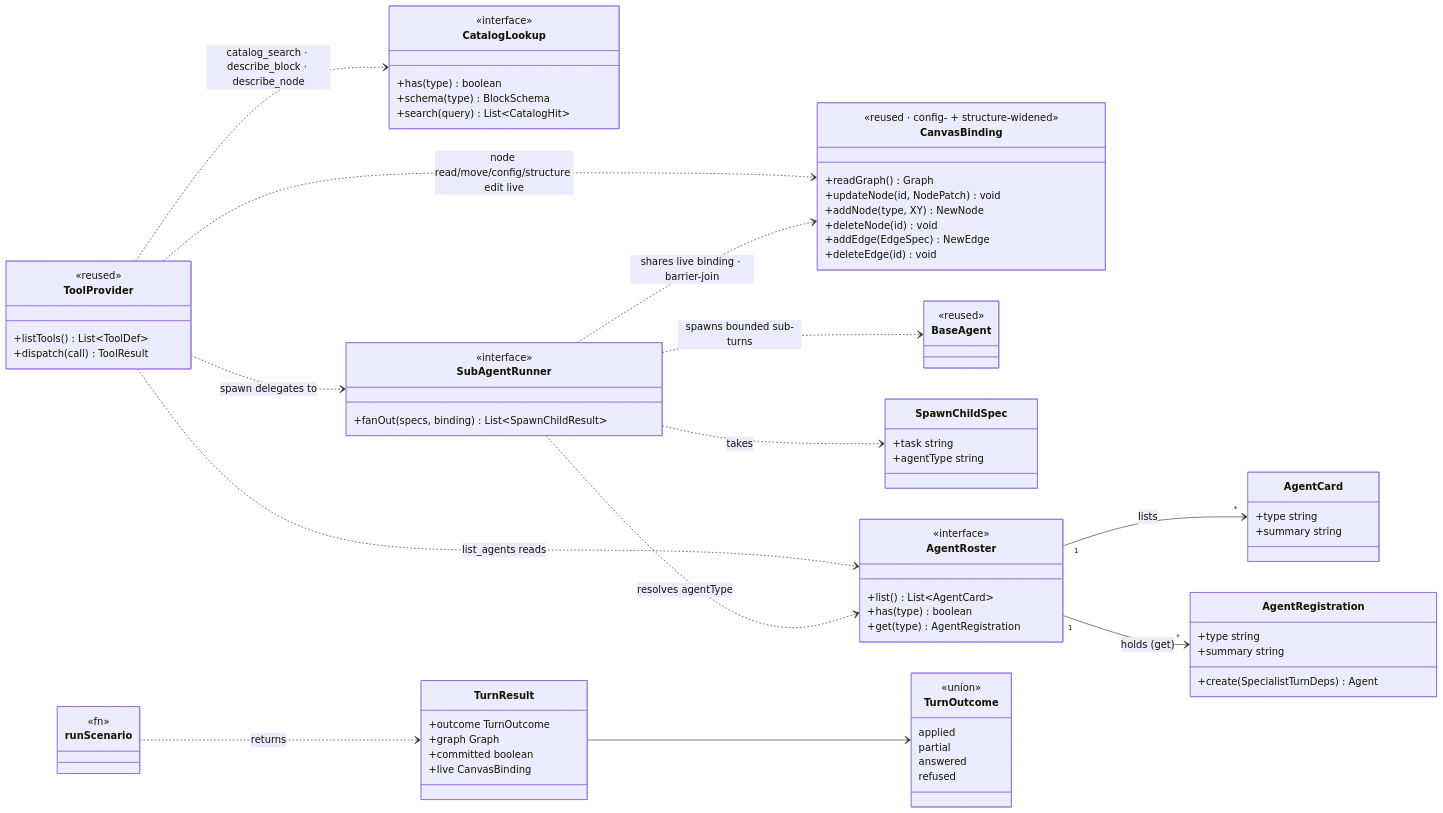
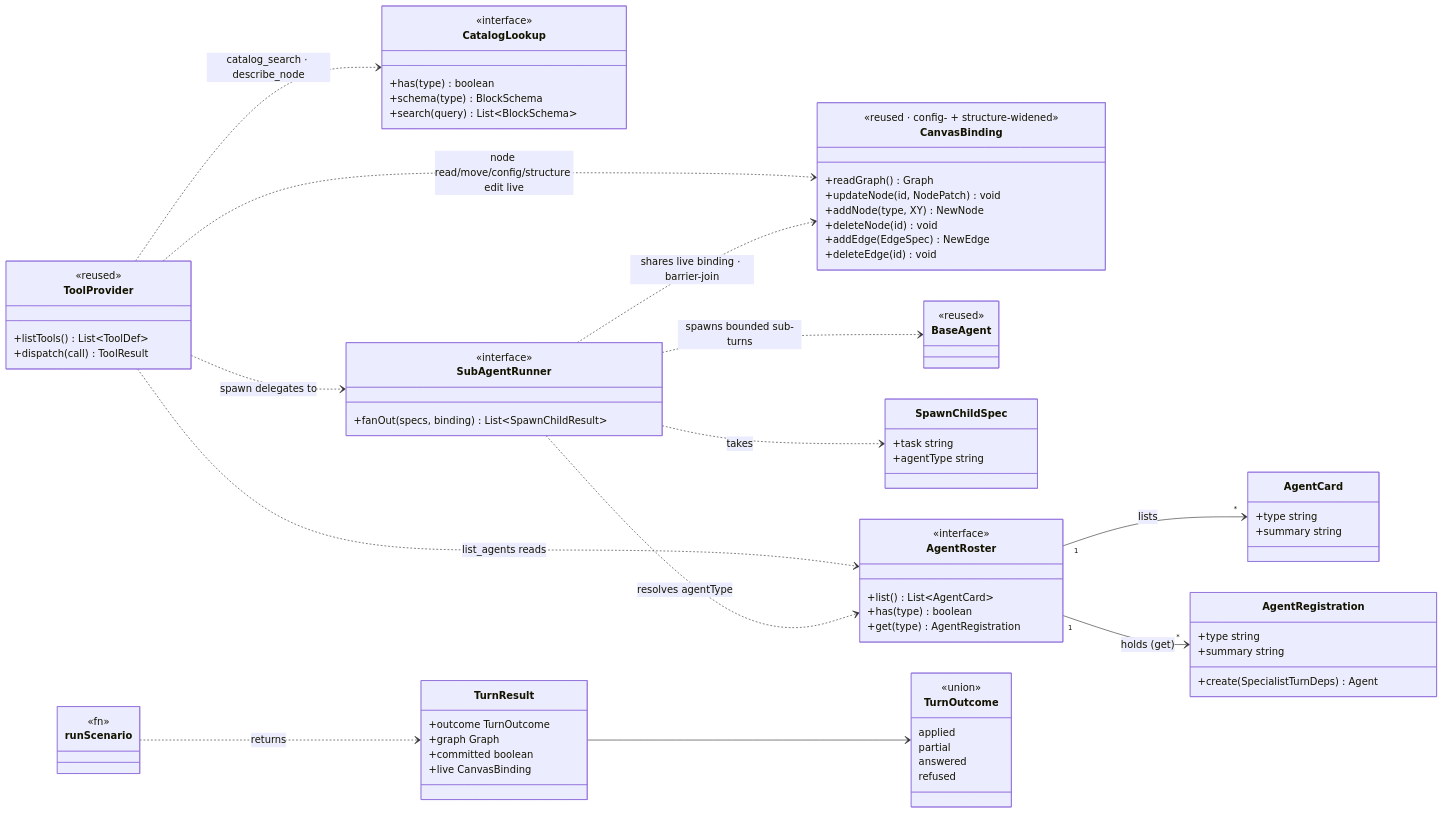
The first of 2 diagrams in docs/browser-agent/design/harness-interfaces.md (lemoncloud-io/eureka-flow), drawn with Mermaid before and after one commit. The commit also changed other lines of this file and 35 other files, not shown here.

```diff
--- a/docs/browser-agent/design/harness-interfaces.md
+++ b/docs/browser-agent/design/harness-interfaces.md
@@ -35,7 +35,7 @@
         <<interface>>
         +has(type) boolean
         +schema(type) BlockSchema
-        +search(query) List~CatalogHit~
+        +search(query) List~BlockSchema~
     }
 
     %% ── delegation · spawn + roster ───────────────────────────────
@@ -81,7 +81,7 @@
     }
 
     ToolProvider ..> CanvasBinding : node read/move/config/structure edit live
-    ToolProvider ..> CatalogLookup : catalog_search · describe_block · describe_node
+    ToolProvider ..> CatalogLookup : catalog_search · describe_node
     ToolProvider ..> AgentRoster : list_agents reads
     ToolProvider ..> SubAgentRunner : spawn delegates to
 
```
